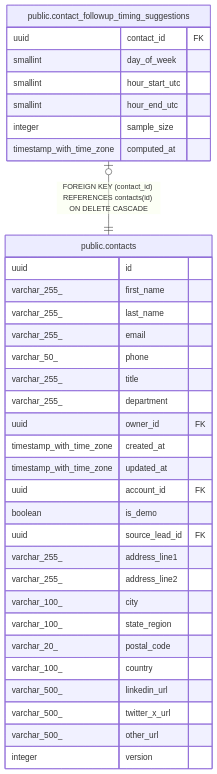
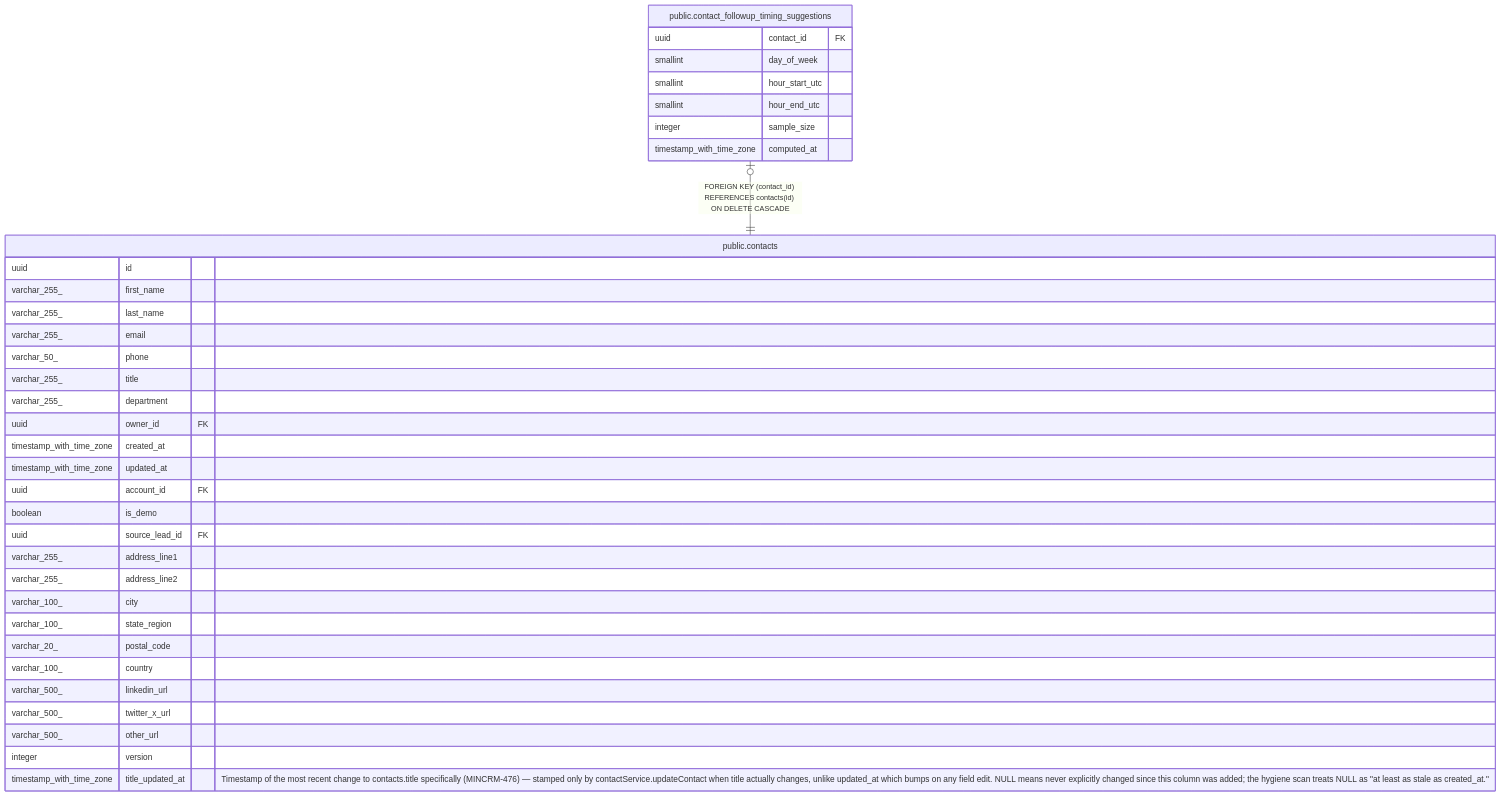
One commit to rkseattle/minicrm changed the diagram in docs/schema/public.contact_followup_timing_suggestions.md. Above: the diagram before and after it, drawn with Mermaid. The commit also changed 85 other files, not shown here.

````diff
--- a/docs/schema/public.contact_followup_timing_suggestions.md
+++ b/docs/schema/public.contact_followup_timing_suggestions.md
@@ -38,39 +38,40 @@
 ```mermaid
 erDiagram
 
 "public.contact_followup_timing_suggestions" |o--|| "public.contacts" : "FOREIGN KEY (contact_id) REFERENCES contacts(id) ON DELETE CASCADE"
 
 "public.contact_followup_timing_suggestions" {
   uuid contact_id FK ""
   smallint day_of_week ""
   smallint hour_start_utc ""
   smallint hour_end_utc ""
   integer sample_size ""
   timestamp_with_time_zone computed_at ""
 }
 "public.contacts" {
   uuid id ""
   varchar_255_ first_name ""
   varchar_255_ last_name ""
   varchar_255_ email ""
   varchar_50_ phone ""
   varchar_255_ title ""
   varchar_255_ department ""
   uuid owner_id FK ""
   timestamp_with_time_zone created_at ""
   timestamp_with_time_zone updated_at ""
   uuid account_id FK ""
   boolean is_demo ""
   uuid source_lead_id FK ""
   varchar_255_ address_line1 ""
   varchar_255_ address_line2 ""
   varchar_100_ city ""
   varchar_100_ state_region ""
   varchar_20_ postal_code ""
   varchar_100_ country ""
   varchar_500_ linkedin_url ""
   varchar_500_ twitter_x_url ""
   varchar_500_ other_url ""
   integer version ""
+  timestamp_with_time_zone title_updated_at "Timestamp of the most recent change to contacts.title specifically (MINCRM-476) — stamped only by contactService.updateContact when title actually changes, unlike updated_at which bumps on any field edit. NULL means never explicitly changed since this column was added; the hygiene scan treats NULL as #quot;at least as stale as created_at.#quot;"
 }
 ```
````
